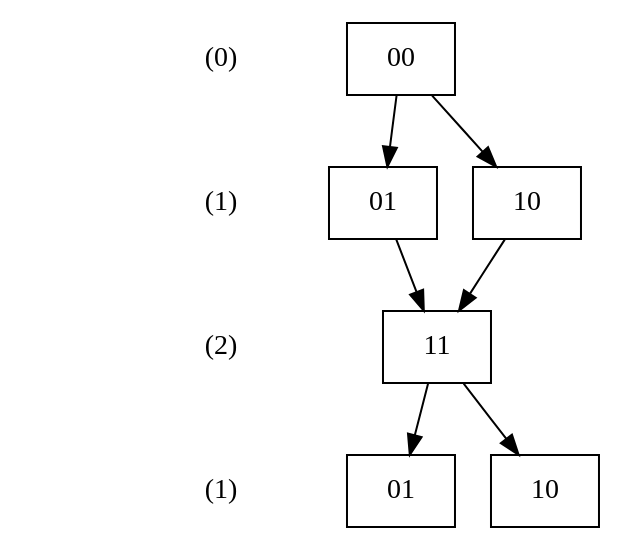
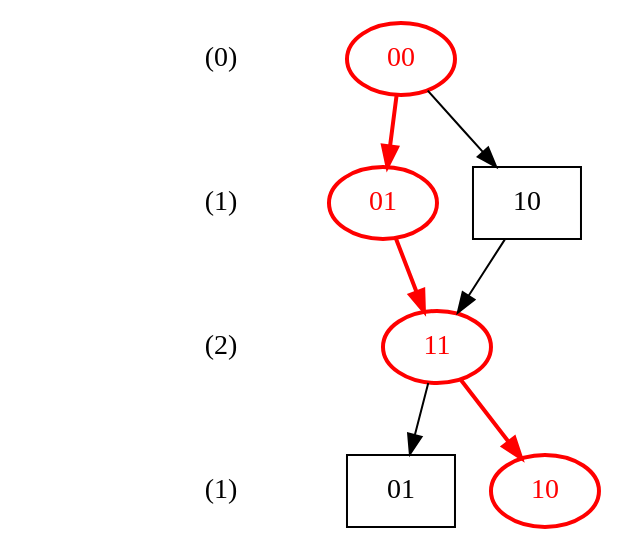
Before and after one commit to jloughry/subset: the diagram in optimal_2.dot, drawn with Graphviz. The commit also changed 8 other files, not shown here.

```diff
--- a/optimal_2.dot
+++ b/optimal_2.dot
@@ -1,52 +1,52 @@
 /*
     dot -T pdf optimal_2.dot -o optimal_2.pdf
 */
 
 digraph optimal_2 {
 
 	node [shape=plaintext]
 
 	/* ranks */
 
 	"rank0" [label="0"]
 	"rank1" [label="1"]
 	"rank2" [label="2"]
 	"rank3" [label="3"]
 
 	"size0" [label="(0)"]
 	"size1" [label="(1)"]
 	"size2" [label="(2)"]
 	"size3" [label="(1)"]
 
 	edge[style=invis]
 
 	"size0" -> "size1" -> "size2" -> "size3"
 
 	node [shape=box]
 	edge [style=solid]
 
 	{rank=same; "rank0" [style=invis];
-		00
+		00 [shape=ellipse,color=red,fontcolor=red,style=bold];
 	}
 
 	{rank=same; "rank1" [style=invis];
-		01
+		01 [shape=ellipse,color=red,fontcolor=red,style=bold];
 		10
 	}
 
-	00->01; 00->10;
+	00->01 [color=red,style=bold]; 00->10;
 
 	{rank=same; "rank2" [style=invis];
-		11
+		11 [shape=ellipse,color=red,fontcolor=red,style=bold];
 	}
 
-	01->11;
+	01->11 [color=red,style=bold];
 	10->11;
 
 	{rank=same; "rank3" [style=invis];
 		"01a" [label="01"];
-		"10a" [label="10"];
+		"10a" [label="10",shape=ellipse,color=red,fontcolor=red,style=bold];
 	}
 
-	11->"01a"; 11->"10a";
+	11->"01a"; 11->"10a" [color=red,style=bold];
 }
```
